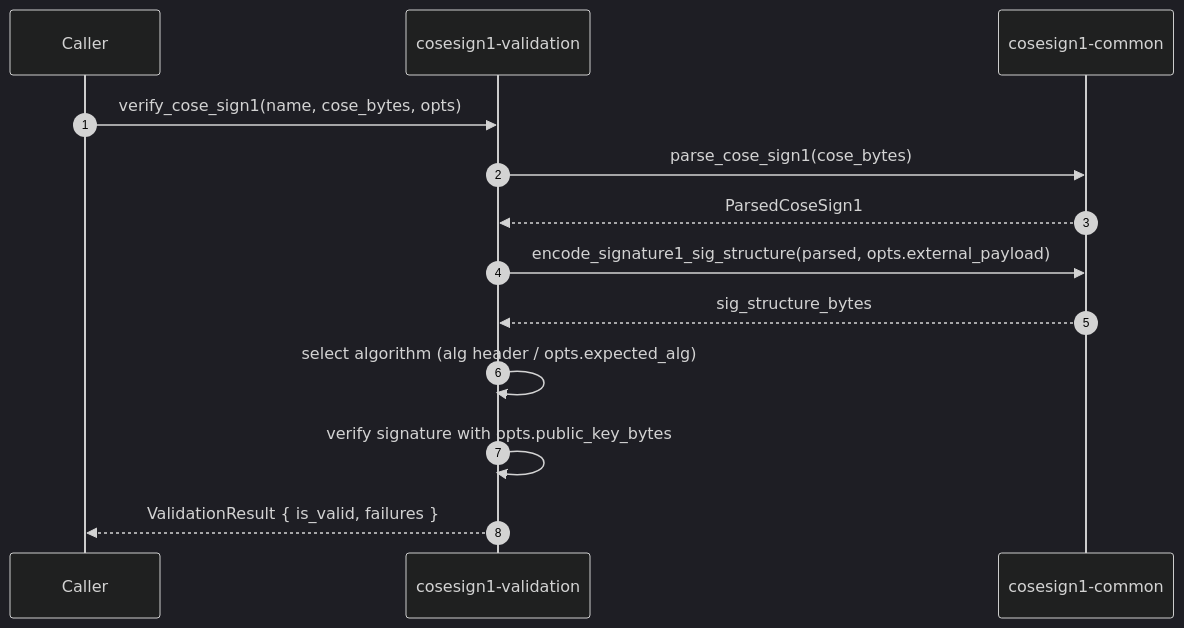
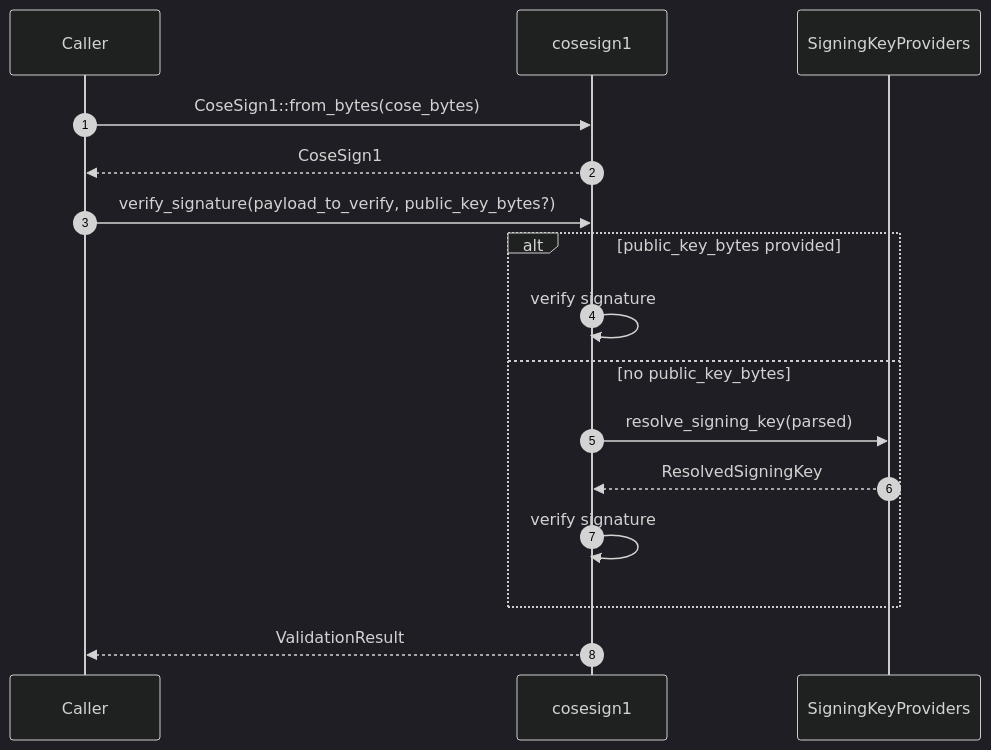
The first of 3 diagrams in rust/docs/sequence-diagrams.md (microsoft/CoseSignTool), drawn with Mermaid (dark theme) before and after one commit. The commit also changed other lines of this file and 172 other files, not shown here.

````diff
--- a/rust/docs/sequence-diagrams.md
+++ b/rust/docs/sequence-diagrams.md
@@ -12,16 +12,19 @@
 ```mermaid
 sequenceDiagram
     autonumber
     participant App as Caller
-    participant Val as cosesign1-validation
-    participant Common as cosesign1-common
+    participant Facade as cosesign1
+    participant Providers as SigningKeyProviders
 
-    App->>Val: verify_cose_sign1(name, cose_bytes, opts)
-    Val->>Common: parse_cose_sign1(cose_bytes)
-    Common-->>Val: ParsedCoseSign1
-    Val->>Common: encode_signature1_sig_structure(parsed, opts.external_payload)
-    Common-->>Val: sig_structure_bytes
-    Val->>Val: select algorithm (alg header / opts.expected_alg)
-    Val->>Val: verify signature with opts.public_key_bytes
-    Val-->>App: ValidationResult { is_valid, failures }
+    App->>Facade: CoseSign1::from_bytes(cose_bytes)
+    Facade-->>App: CoseSign1
+    App->>Facade: verify_signature(payload_to_verify, public_key_bytes?)
+    alt public_key_bytes provided
+        Facade->>Facade: verify signature
+    else no public_key_bytes
+        Facade->>Providers: resolve_signing_key(parsed)
+        Providers-->>Facade: ResolvedSigningKey
+        Facade->>Facade: verify signature
+    end
+    Facade-->>App: ValidationResult
 ```
````
